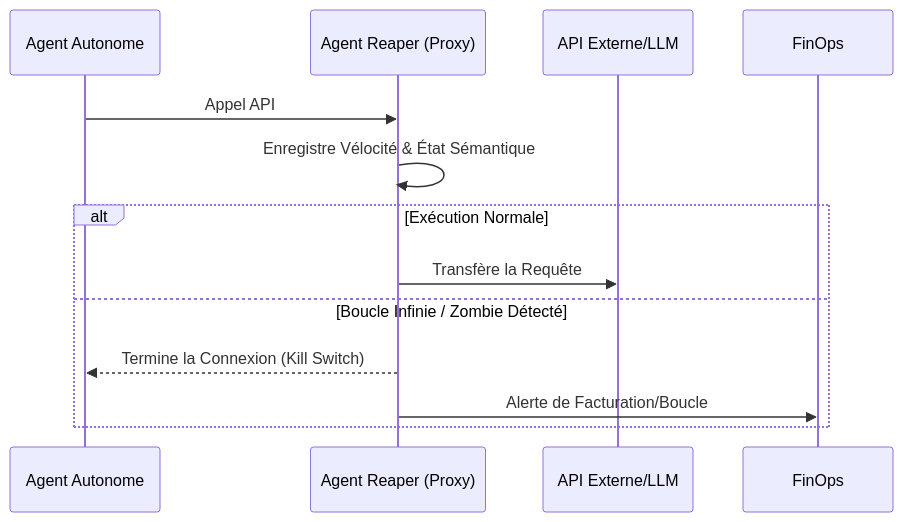
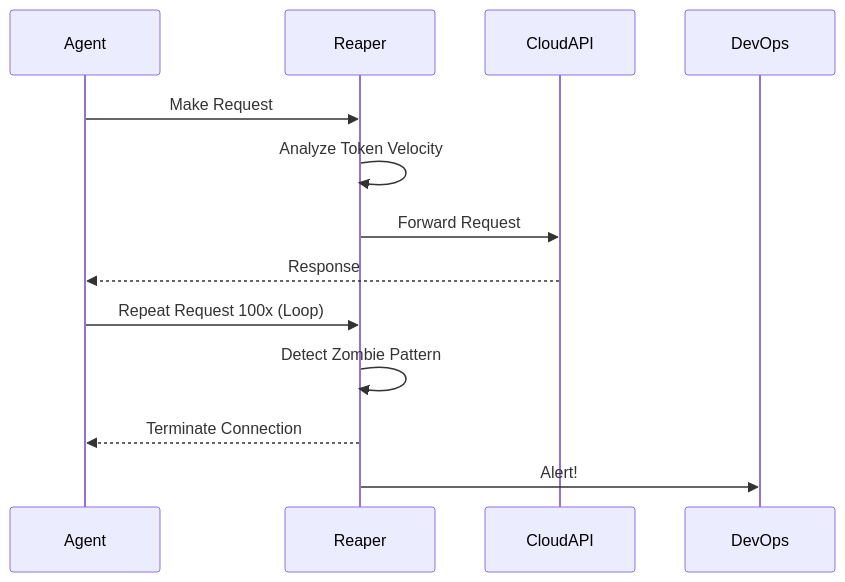
Before and after one commit to flouzzy/top-100-ai-startup-ideas: the second of 2 diagrams in ideas/agent-reaper/README.fr.md, drawn with Mermaid. The commit also changed other lines of this file and 41 other files, not shown here.

````diff
--- a/ideas/agent-reaper/README.fr.md
+++ b/ideas/agent-reaper/README.fr.md
@@ -39,14 +41,14 @@
 ```mermaid
 sequenceDiagram
-    participant Agent as Agent Autonome
-    participant Reaper as Agent Reaper (Proxy)
-    participant API as API Externe/LLM
-    Agent->>Reaper: Appel API
-    Reaper->>Reaper: Enregistre Vélocité & État Sémantique
-    alt Exécution Normale
-        Reaper->>API: Transfère la Requête
-    else Boucle Infinie / Zombie Détecté
-        Reaper-->>Agent: Termine la Connexion (Kill Switch)
-        Reaper->>FinOps: Alerte de Facturation/Boucle
-    end
+    participant Agent
+    participant Reaper
+    participant CloudAPI
+    Agent->>Reaper: Make Request
+    Reaper->>Reaper: Analyze Token Velocity
+    Reaper->>CloudAPI: Forward Request
+    CloudAPI-->>Agent: Response
+    Agent->>Reaper: Repeat Request 100x (Loop)
+    Reaper->>Reaper: Detect Zombie Pattern
+    Reaper-->>Agent: Terminate Connection
+    Reaper->>DevOps: Alert!
 ```
````
